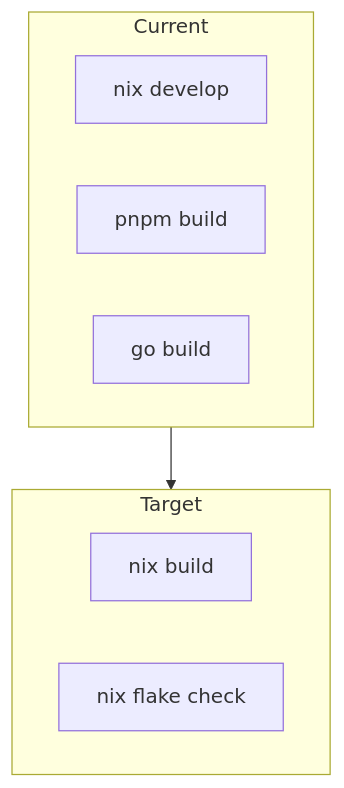
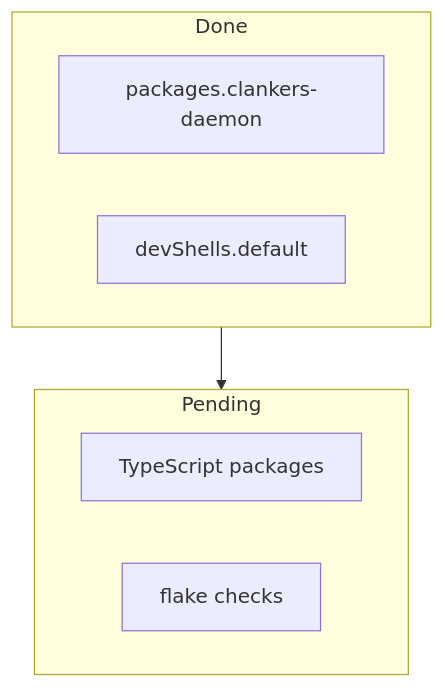
Before and after one commit to dxta-dev/clankers: the diagram in lode/build/overview.md, drawn with Mermaid. The commit also changed other lines of this file and 8 other files, not shown here.

````diff
--- a/lode/build/overview.md
+++ b/lode/build/overview.md
@@ -78,15 +85,14 @@
 ```mermaid
 flowchart TB
-  subgraph Current
-    DevShell[nix develop]
-    Pnpm[pnpm build]
-    GoBuild[go build]
+  subgraph Done
+    DaemonPkg[packages.clankers-daemon]
+    DevShell[devShells.default]
   end
   
-  subgraph Target
-    NixBuild[nix build]
-    NixCheck[nix flake check]
+  subgraph Pending
+    TsPkgs[TypeScript packages]
+    Checks[flake checks]
   end
   
-  Current --> Target
+  Done --> Pending
 ```
````
